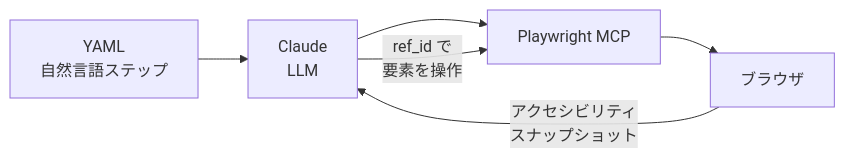
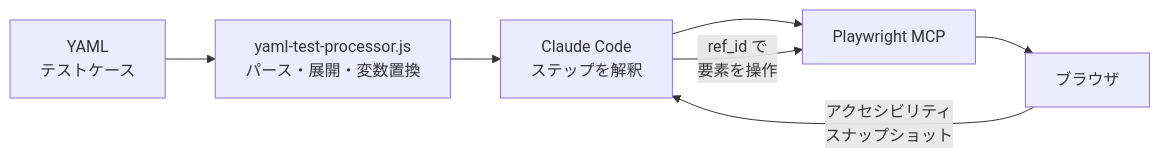
The diagram in articles/ea39d78a0e20ed.md (kamegoro/zenn-contents), drawn with Mermaid before and after one commit. The commit also changed other lines of this file, not shown here.

````diff
--- a/articles/ea39d78a0e20ed.md
+++ b/articles/ea39d78a0e20ed.md
@@ -99,8 +99,9 @@
 ```mermaid
 graph LR
-    A[YAML<br/>自然言語ステップ] --> B[Claude<br/>LLM]
-    B --> C[Playwright MCP]
-    C --> D[ブラウザ]
-    D -->|アクセシビリティ<br/>スナップショット| B
-    B -->|ref_id で<br/>要素を操作| C
+    A[YAML<br/>テストケース] --> B[yaml-test-processor.js<br/>パース・展開・変数置換]
+    B --> C[Claude Code<br/>ステップを解釈]
+    C --> D[Playwright MCP]
+    D --> E[ブラウザ]
+    E -->|アクセシビリティ<br/>スナップショット| C
+    C -->|ref_id で<br/>要素を操作| D
 ```
````
